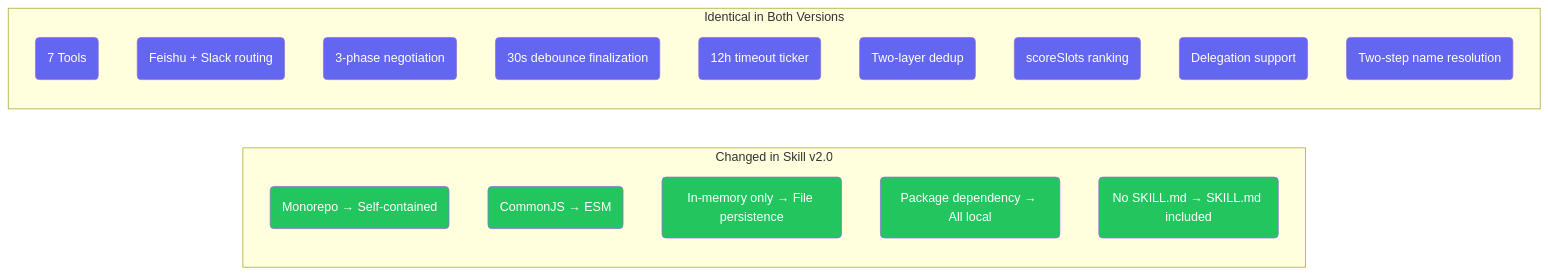
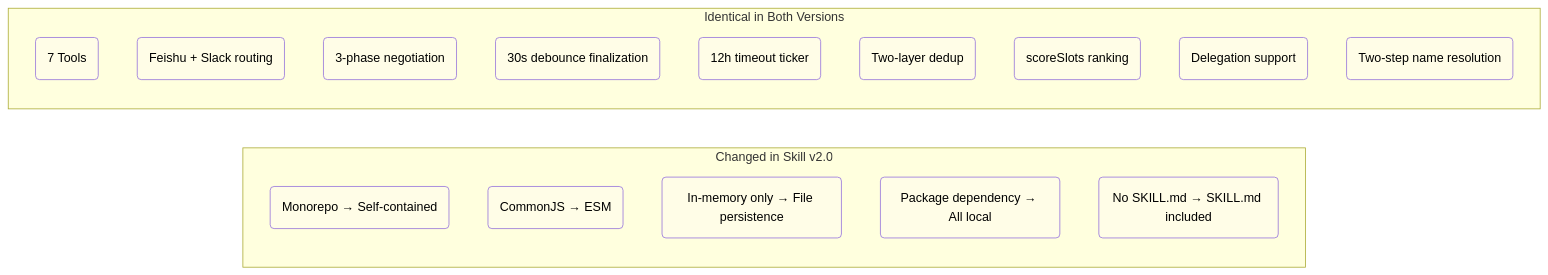
Before and after one commit to javana3/claw_meeting_all: diagram 13 of 13 in README.md, drawn with Mermaid. The commit also changed other lines of this file, not shown here.

Commit message:
Replace all mermaid diagram colors with light yellow (#fffde7)

````diff
--- a/README.md
+++ b/README.md
@@ -469,37 +536,37 @@
 ```mermaid
 graph LR
     subgraph "Changed in Skill v2.0"
         D1(Monorepo → Self-contained)
         D2(CommonJS → ESM)
         D3(In-memory only → File persistence)
         D4(Package dependency → All local)
         D5(No SKILL.md → SKILL.md included)
     end
 
     subgraph "Identical in Both Versions"
         S1(7 Tools)
         S2(Feishu + Slack routing)
         S3(3-phase negotiation)
         S4(30s debounce finalization)
         S5(12h timeout ticker)
         S6(Two-layer dedup)
         S7(scoreSlots ranking)
         S8(Delegation support)
         S9(Two-step name resolution)
     end
 
-    style D1 fill:#22c55e,color:#fff
-    style D2 fill:#22c55e,color:#fff
-    style D3 fill:#22c55e,color:#fff
-    style D4 fill:#22c55e,color:#fff
-    style D5 fill:#22c55e,color:#fff
-    style S1 fill:#6366f1,color:#fff
-    style S2 fill:#6366f1,color:#fff
-    style S3 fill:#6366f1,color:#fff
-    style S4 fill:#6366f1,color:#fff
-    style S5 fill:#6366f1,color:#fff
-    style S6 fill:#6366f1,color:#fff
-    style S7 fill:#6366f1,color:#fff
-    style S8 fill:#6366f1,color:#fff
-    style S9 fill:#6366f1,color:#fff
+    style D1 fill:#fffde7,color:#000
+    style D2 fill:#fffde7,color:#000
+    style D3 fill:#fffde7,color:#000
+    style D4 fill:#fffde7,color:#000
+    style D5 fill:#fffde7,color:#000
+    style S1 fill:#fffde7,color:#000
+    style S2 fill:#fffde7,color:#000
+    style S3 fill:#fffde7,color:#000
+    style S4 fill:#fffde7,color:#000
+    style S5 fill:#fffde7,color:#000
+    style S6 fill:#fffde7,color:#000
+    style S7 fill:#fffde7,color:#000
+    style S8 fill:#fffde7,color:#000
+    style S9 fill:#fffde7,color:#000
 ```
````
